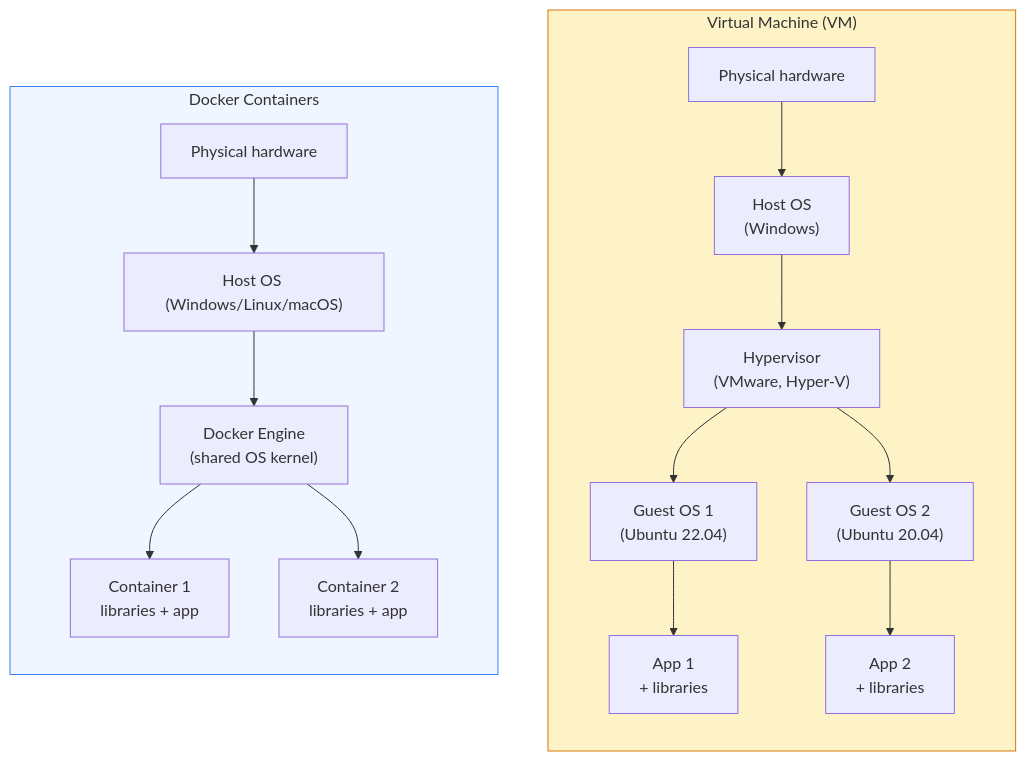
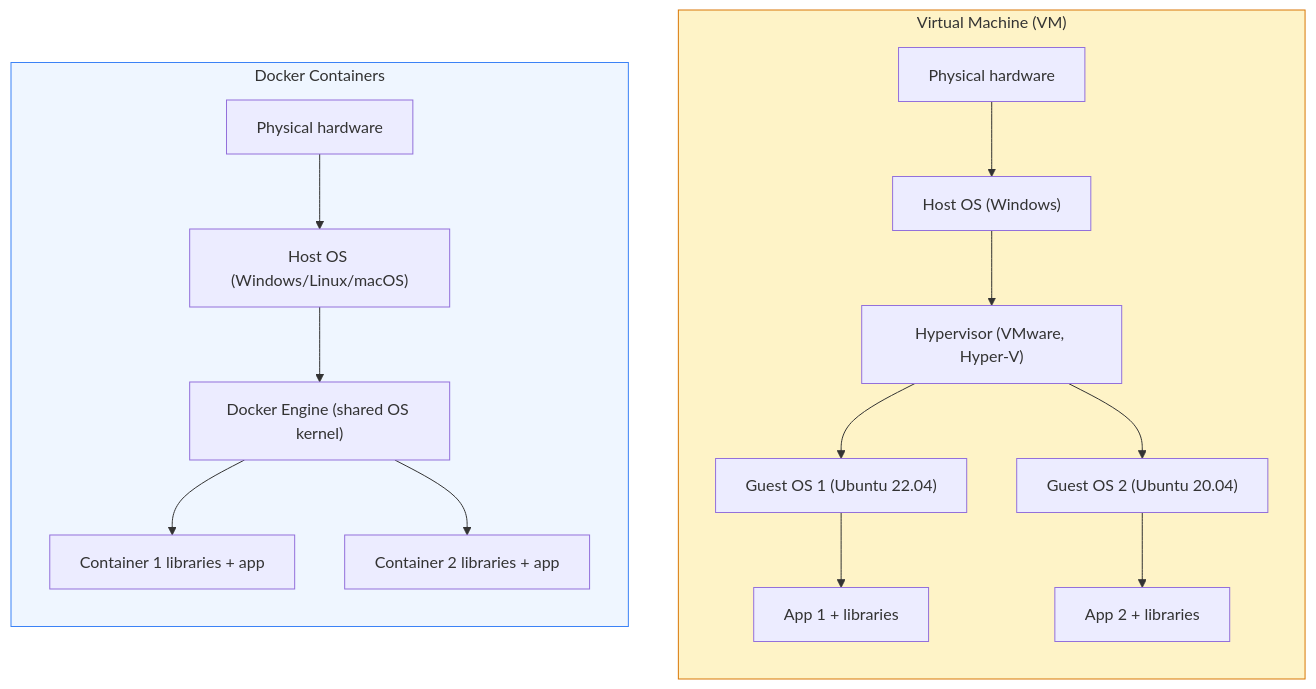
One commit to Ch3w3y/docker_gcp changed the second of 7 diagrams in docs/docker-containers.md. Above: the diagram before and after it, drawn with Mermaid. The commit also changed other lines of this file and 10 other files, not shown here.

First line of the commit message:
Fix mermaid diagram rendering: replace literal \n with spaces

````diff
--- a/docs/docker-containers.md
+++ b/docs/docker-containers.md
@@ -86,31 +86,31 @@
 ```mermaid
 flowchart TD
     subgraph VM["Virtual Machine (VM)"]
         direction TB
         H2["Physical hardware"]
-        HOS2["Host OS\n(Windows)"]
-        HYP["Hypervisor\n(VMware, Hyper-V)"]
-        GOS1["Guest OS 1\n(Ubuntu 22.04)"]
-        GOS2["Guest OS 2\n(Ubuntu 20.04)"]
-        APP1["App 1\n+ libraries"]
-        APP2["App 2\n+ libraries"]
+        HOS2["Host OS (Windows)"]
+        HYP["Hypervisor (VMware, Hyper-V)"]
+        GOS1["Guest OS 1 (Ubuntu 22.04)"]
+        GOS2["Guest OS 2 (Ubuntu 20.04)"]
+        APP1["App 1 + libraries"]
+        APP2["App 2 + libraries"]
         H2 --> HOS2 --> HYP
         HYP --> GOS1 --> APP1
         HYP --> GOS2 --> APP2
     end
 
     subgraph CON["Docker Containers"]
         direction TB
         H1["Physical hardware"]
         HOS1["Host OS (Windows/Linux/macOS)"]
-        DE["Docker Engine\n(shared OS kernel)"]
-        C1["Container 1\nlibraries + app"]
-        C2["Container 2\nlibraries + app"]
+        DE["Docker Engine (shared OS kernel)"]
+        C1["Container 1 libraries + app"]
+        C2["Container 2 libraries + app"]
         H1 --> HOS1 --> DE
         DE --> C1
         DE --> C2
     end
 
     style VM fill:#fef3c7,stroke:#d97706
     style CON fill:#eff6ff,stroke:#3b82f6
 ```
````
